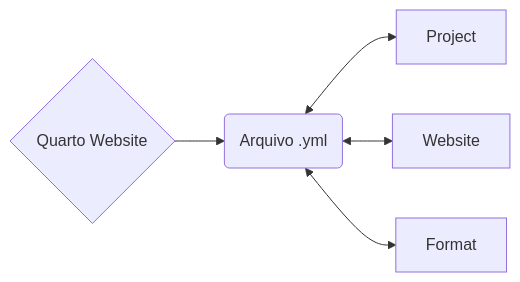
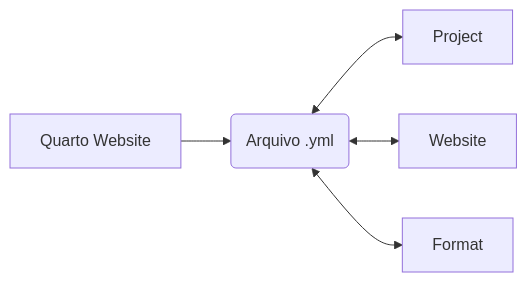
The second of 3 diagrams in introducao_quarto_markdown.qmd (francojra/introducao_ao_quarto), drawn with Mermaid before and after one commit. The commit also changed other lines of this file and 1 other file, not shown here.

````diff
--- a/introducao_quarto_markdown.qmd
+++ b/introducao_quarto_markdown.qmd
@@ -92,7 +96,7 @@
 ```{mermaid}
 flowchart LR
-  E{Quarto Website} --> F(Arquivo .yml)
+  E[Quarto Website] --> F(Arquivo .yml)
   F <--> G[Project]
   F <--> H[Website]
   F <--> I[Format]
 ```
````
